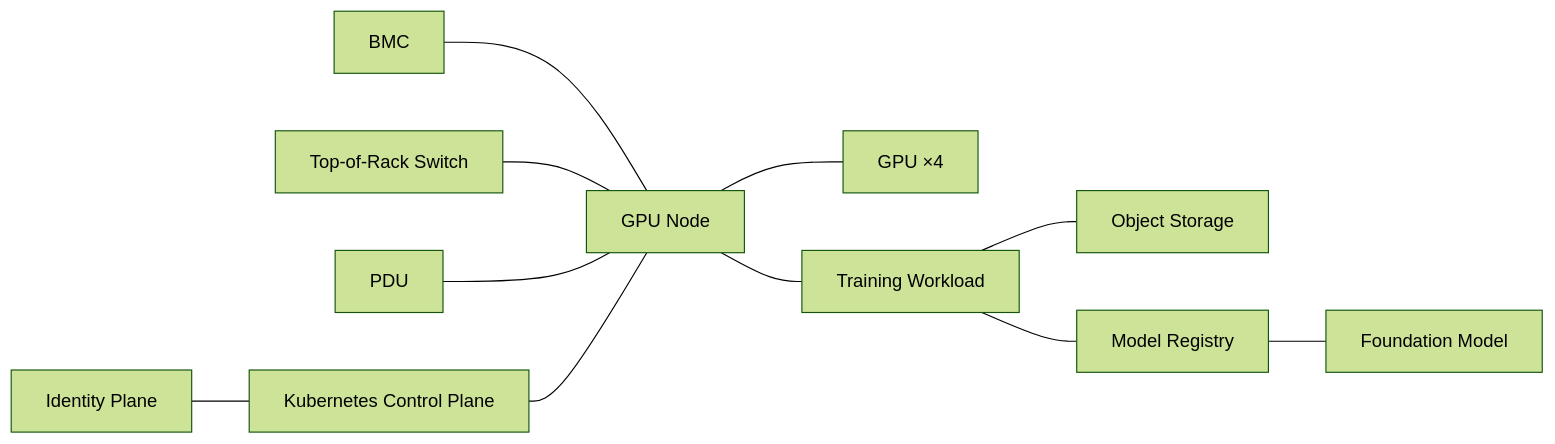
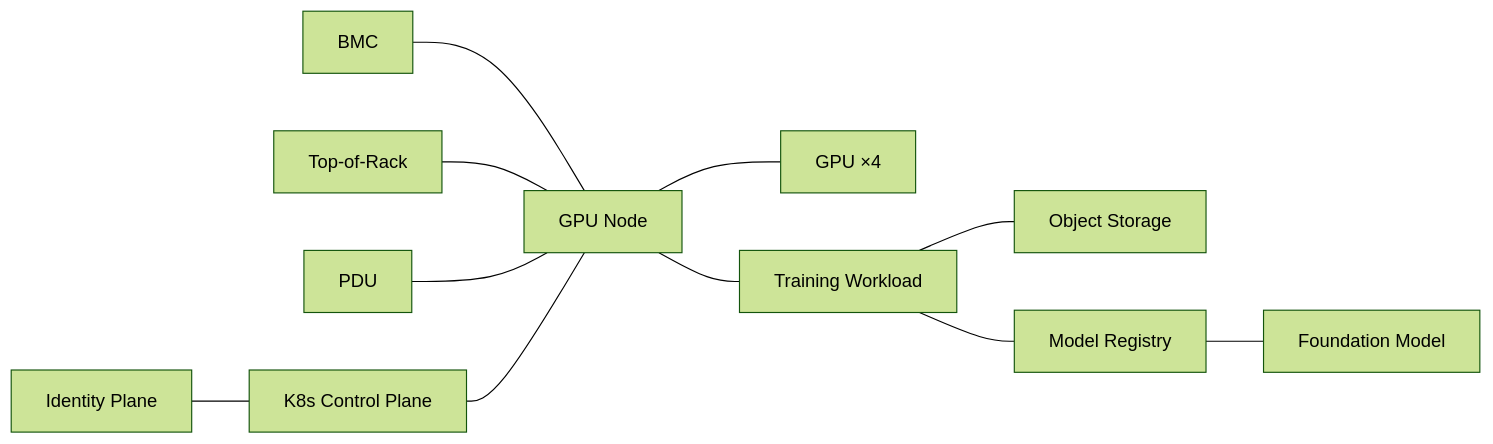
The third of 5 diagrams in README.md (VinayK88/ai-datacenter-security-digital-twin), drawn with Mermaid (forest theme) before and after one commit. The commit also changed other lines of this file, not shown here.

````diff
--- a/README.md
+++ b/README.md
@@ -99,13 +128,13 @@
 ```mermaid
 graph LR
     BMC["BMC"] --- NODE["GPU Node"]
-    TOR["Top-of-Rack Switch"] --- NODE
+    TOR["Top-of-Rack"] --- NODE
     PDU["PDU"] --- NODE
-    K8S["Kubernetes Control Plane"] --- NODE
-    NODE --- GPU1["GPU ×4"]
+    K8S["K8s Control Plane"] --- NODE
+    NODE --- GPU["GPU ×4"]
     NODE --- POD["Training Workload"]
     POD --- STORE["Object Storage"]
     POD --- REG["Model Registry"]
     REG --- MODEL["Foundation Model"]
     ID["Identity Plane"] --- K8S
 ```
````
